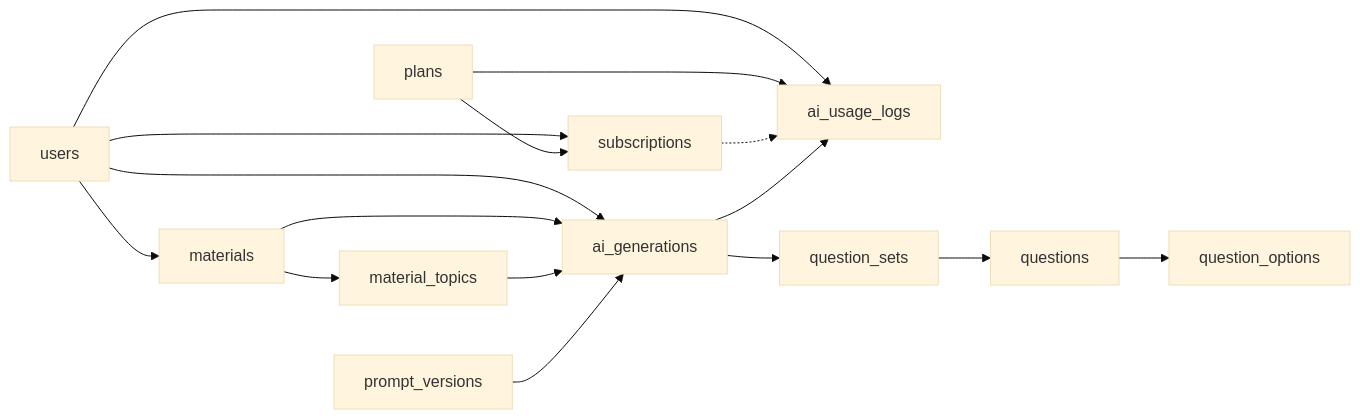
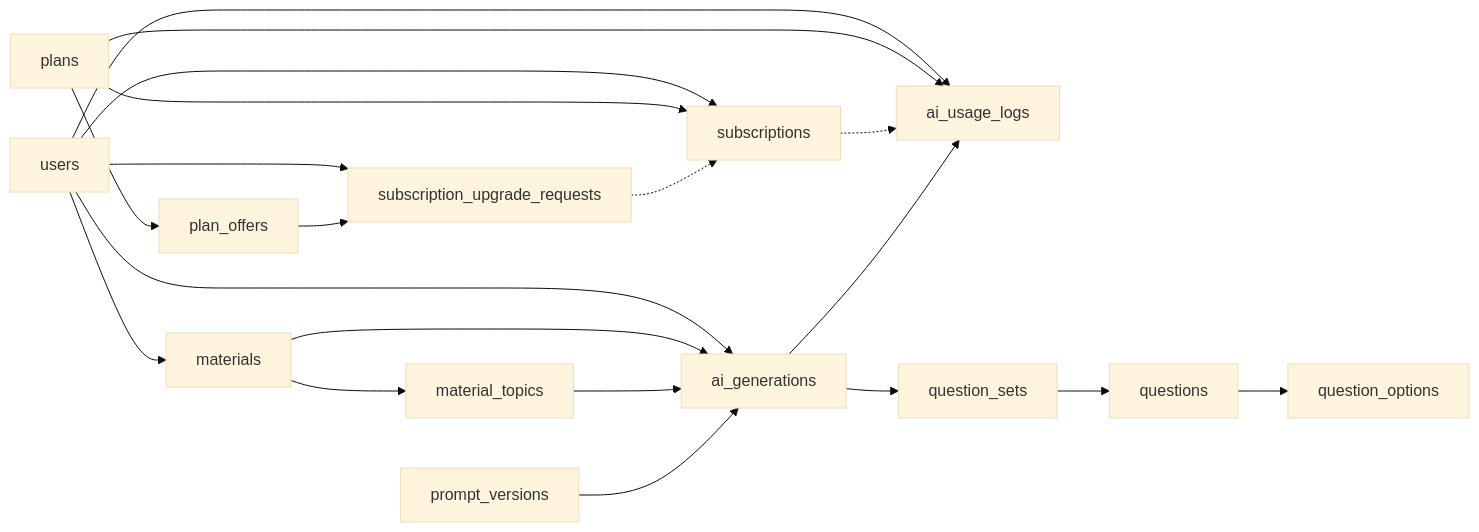
Before and after one commit to 1aghismuhammad/Quiestion-Bank-: the first of 2 diagrams in docs/database/DATABASE_REFERENCE.md, drawn with Mermaid (base theme). The commit also changed other lines of this file and 65 other files, not shown here.

Commit message:
feat: add subscription upgrade and quota foundation

````diff
--- a/docs/database/DATABASE_REFERENCE.md
+++ b/docs/database/DATABASE_REFERENCE.md
@@ -21,18 +21,22 @@
 ```mermaid
 flowchart LR
     U[users] --> M[materials]
     M --> T[material_topics]
     U --> Sub[subscriptions]
     Pl[plans] --> Sub
+    Pl --> Off[plan_offers]
+    U --> Req[subscription_upgrade_requests]
+    Off --> Req
+    Req -.-> Sub
     U --> G[ai_generations]
     M --> G
     T --> G
     P[prompt_versions] --> G
     U --> L[ai_usage_logs]
     Pl --> L
     Sub -.-> L
     G --> L
     G --> QS[question_sets]
     QS --> Q[questions]
     Q --> O[question_options]
 ```
````
